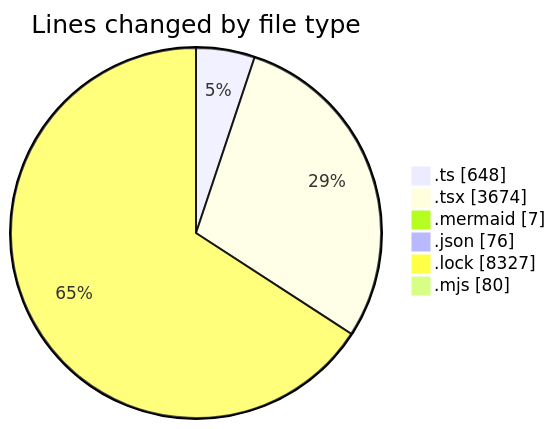
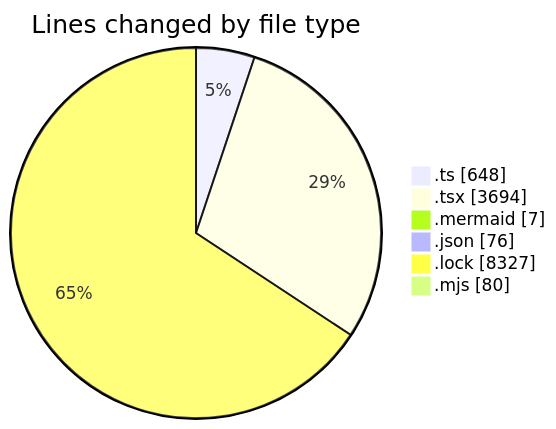
Before and after one commit to momahboobian/code-tracking: the first of 2 diagrams in 2026-09-08/cda/README.md, drawn with Mermaid. The commit also changed other lines of this file and 1 other file, not shown here.

````diff
--- a/2026-09-08/cda/README.md
+++ b/2026-09-08/cda/README.md
@@ -48,10 +48,10 @@
 ```mermaid
 pie showData
 title Lines changed by file type
 ".ts" : 648
-".tsx" : 3674
+".tsx" : 3694
 ".mermaid" : 7
 ".json" : 76
 ".lock" : 8327
 ".mjs" : 80
 ```
````
